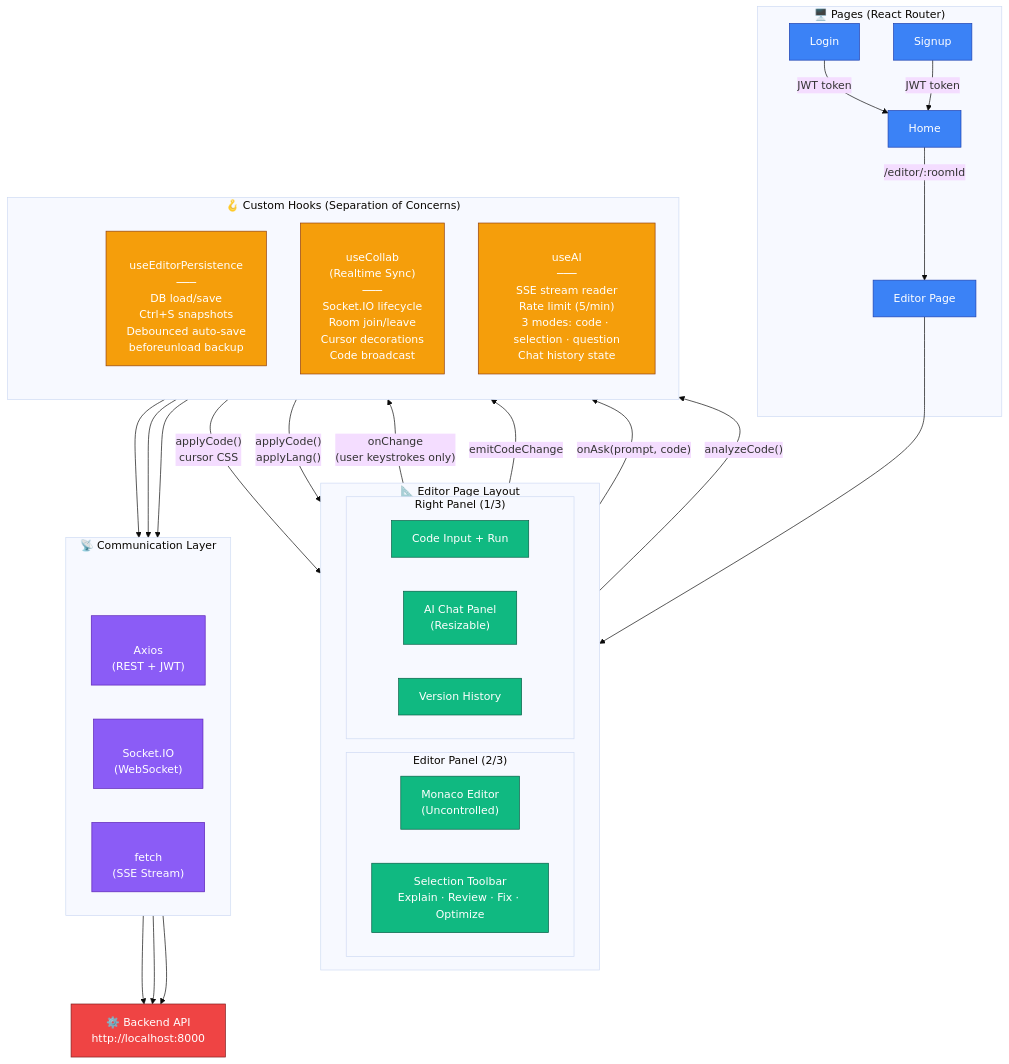
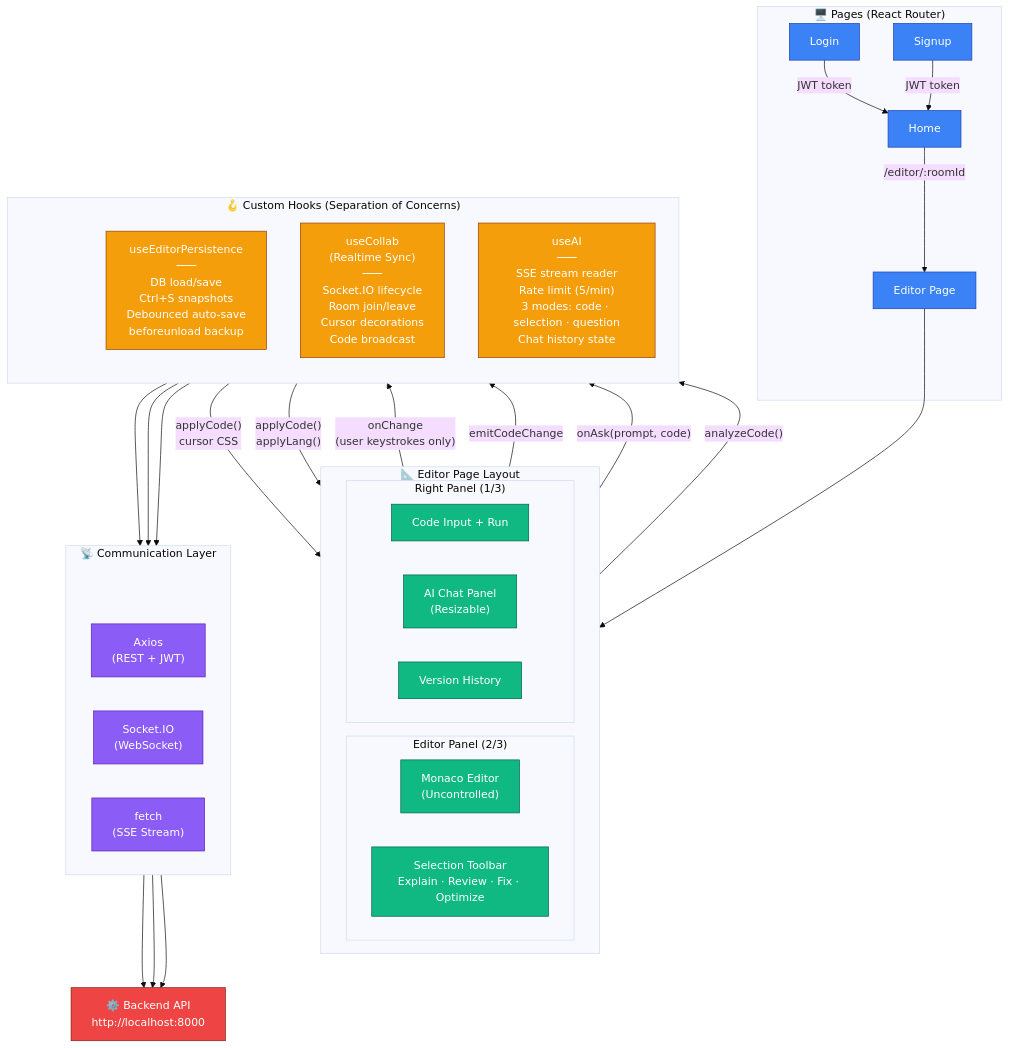
The diagram in frontend/README.md (rah7202/smart-code-lab), drawn with Mermaid before and after one commit.

Commit message:
fix: Readme file updated

```diff
--- a/frontend/README.md
+++ b/frontend/README.md
@@ -97,11 +97,11 @@
 
       spacer1[" "]:::invisible
 
-      usePersist["\nuseEditorPersistence\n───\nDB load/save\nCtrl+S snapshots\nDebounced auto-save\nbeforeunload backup"]
+      usePersist["useEditorPersistence\n───\nDB load/save\nCtrl+S snapshots\nDebounced auto-save\nbeforeunload backup"]
 
-      useCollab["\nuseCollab\n(Realtime Sync)\n───\nSocket.IO lifecycle\nRoom join/leave\nCursor decorations\nCode broadcast"]
+      useCollab["useCollab\n(Realtime Sync)\n───\nSocket.IO lifecycle\nRoom join/leave\nCursor decorations\nCode broadcast"]
 
-      useAI["\nuseAI\n───\nSSE stream reader\nRate limit (5/min)\n3 modes: code · selection · question\nChat history state"]
+      useAI["useAI\n───\nSSE stream reader\nRate limit (5/min)\n3 modes: code · selection · question\nChat history state"]
     end
 
     Monaco -->|"onChange\n(user keystrokes only)"| usePersist
@@ -117,9 +117,9 @@
 
       spacer2[" "]:::invisible
 
-      Axios["\nAxios\n(REST + JWT)"]
-      Socket["\nSocket.IO\n(WebSocket)"]
-      SSE["\nfetch\n(SSE Stream)"]
+      Axios["Axios\n(REST + JWT)"]
+      Socket["Socket.IO\n(WebSocket)"]
+      SSE["fetch\n(SSE Stream)"]
     end
 
     usePersist --> Axios
```
